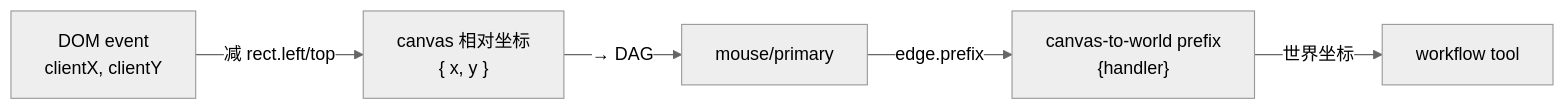
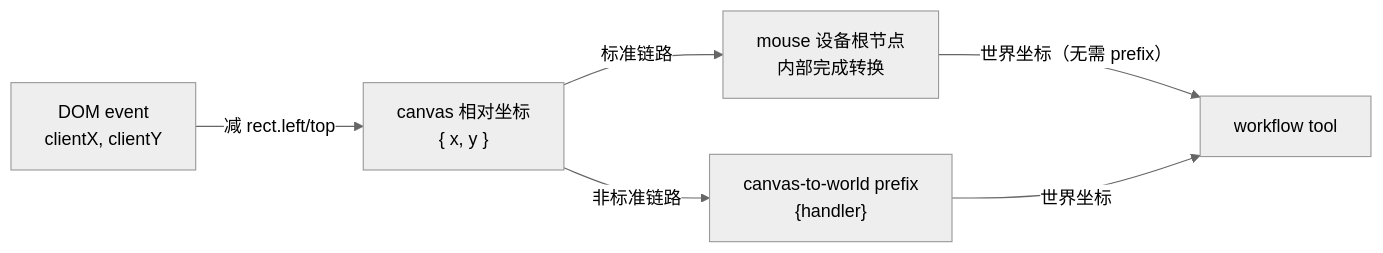
The diagram in src/core/ui-thread/devices-dag/prefixes/docs/canvas-to-world-handler-document.md (Frank-Steven/HoundWhiteboard), drawn with Mermaid (neutral theme) before and after one commit. The commit also changed other lines of this file and 1 other file, not shown here.

First line of the commit message:
docs(dag): 明确 canvas→world 坐标转换约定

````diff
--- a/src/core/ui-thread/devices-dag/prefixes/docs/canvas-to-world-handler-document.md
+++ b/src/core/ui-thread/devices-dag/prefixes/docs/canvas-to-world-handler-document.md
@@ -57,7 +61,8 @@
 ```mermaid
 flowchart LR
   Host["DOM event<br/>clientX, clientY"] -->|"减 rect.left/top"| Canvas["canvas 相对坐标<br/>{ x, y }"]
-  Canvas -->|"→ DAG"| Mouse["mouse/primary"]
-  Mouse -->|"edge.prefix"| CW["canvas-to-world prefix<br/>{handler}"]
-  CW -->|"世界坐标"| Tool["workflow tool"]
+  Canvas -->|"标准链路"| Mouse["mouse 设备根节点<br/>内部完成转换"]
+  Mouse -->|"世界坐标（无需 prefix）"| Tool["workflow tool"]
+  Canvas -->|"非标准链路"| CW["canvas-to-world prefix<br/>{handler}"]
+  CW -->|"世界坐标"| Tool
 ```
````
